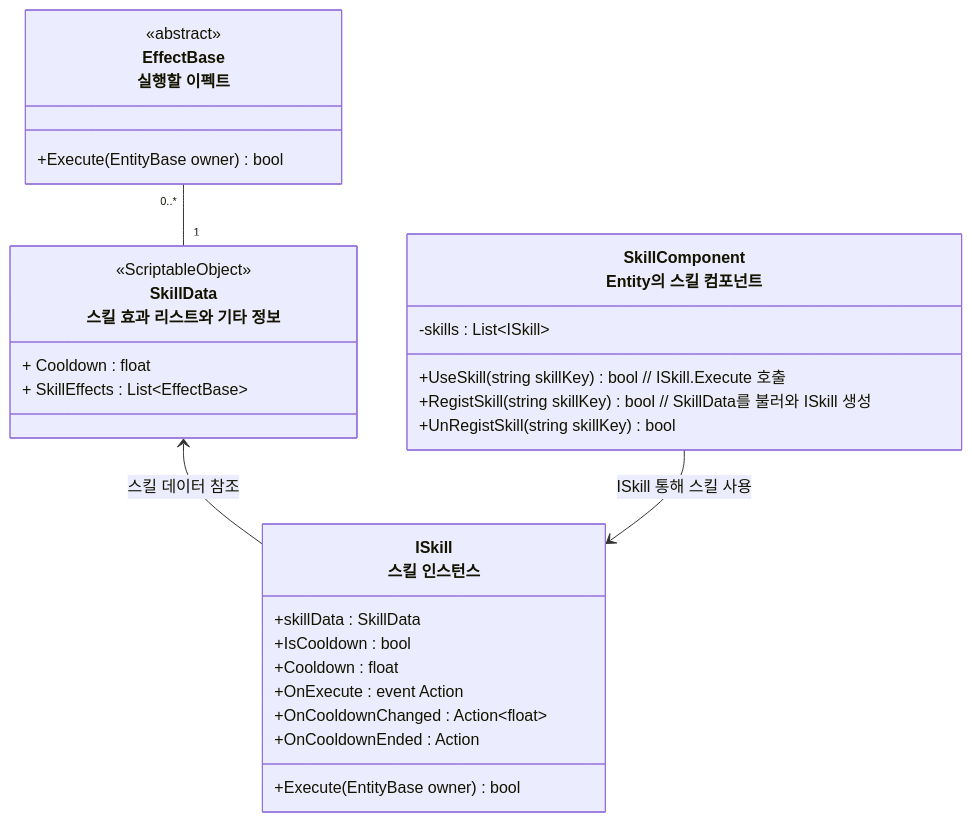
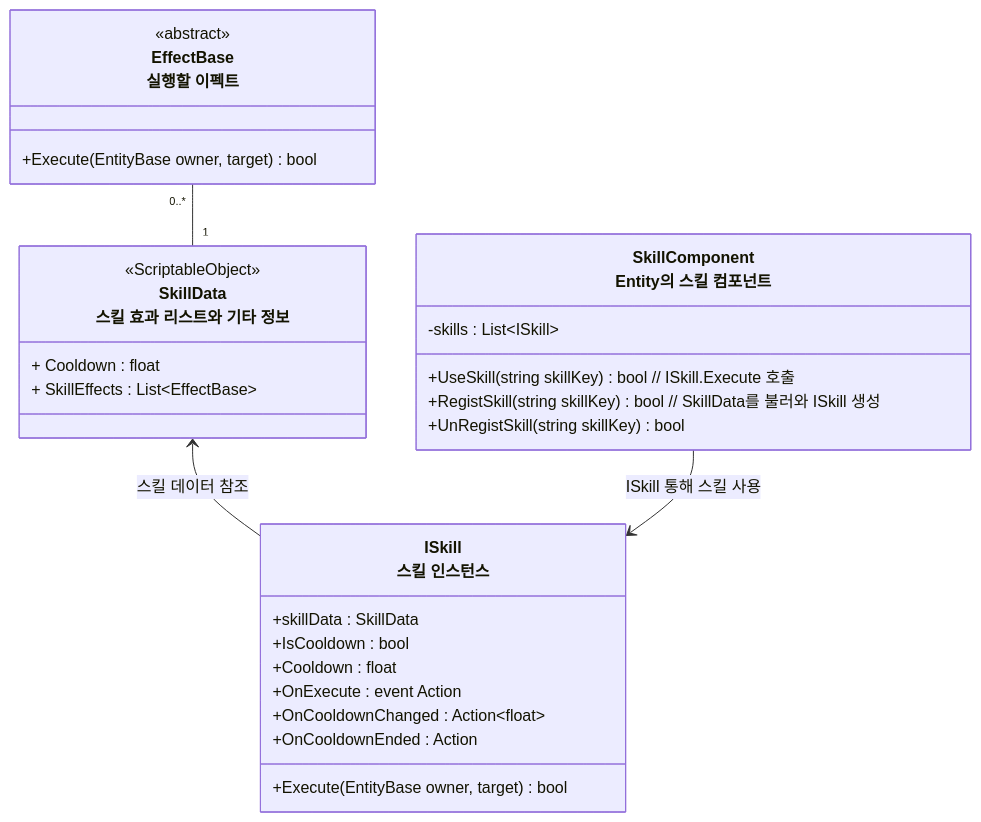
The first of 2 diagrams in Assets/_README/스킬시스템_설계.md (JIN5EOK/DungeonShooter), drawn with Mermaid before and after one commit. The commit also changed other lines of this file and 13 other files, not shown here.

````diff
--- a/Assets/_README/스킬시스템_설계.md
+++ b/Assets/_README/스킬시스템_설계.md
@@ -7,33 +7,33 @@
 ```mermaid
 classDiagram
     class EffectBase["EffectBase<br>실행할 이펙트"]{
         <<abstract>>
-        +Execute(EntityBase owner) bool
+        +Execute(EntityBase owner, target) bool
     }
     
     class SkillData["SkillData<br>스킬 효과 리스트와 기타 정보"]{
         <<ScriptableObject>>
         + Cooldown : float
         + SkillEffects : List~EffectBase~
     }
 
     class ISkill["ISkill<br>스킬 인스턴스"]{
         +skillData : SkillData
         +IsCooldown : bool
         +Cooldown : float
         +OnExecute : event Action
         +OnCooldownChanged : Action~float~
         +OnCooldownEnded : Action
-        +Execute(EntityBase owner) bool
+        +Execute(EntityBase owner, target) bool
     }
 
     class SkillComponent["SkillComponent<br>Entity의 스킬 컴포넌트"]{
         -skills : List~ISkill~
         +UseSkill(string skillKey) bool // ISkill.Execute 호출
         +RegistSkill(string skillKey) bool // SkillData를 불러와 ISkill 생성 
         +UnRegistSkill(string skillKey) bool
     }
     SkillData <-- ISkill : 스킬 데이터 참조
     EffectBase "0..*"--"1" SkillData
     SkillComponent --> ISkill  : ISkill 통해 스킬 사용
 ```
````
